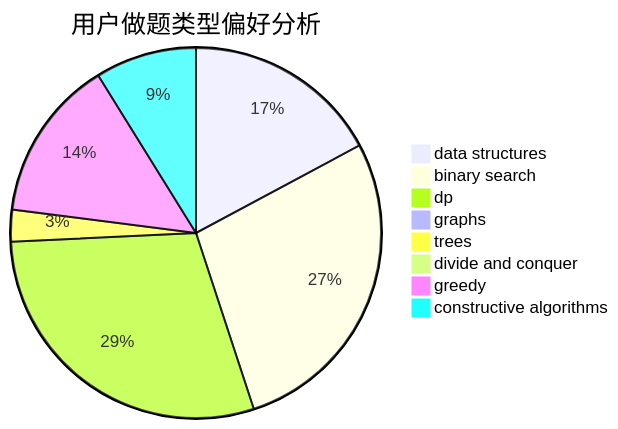
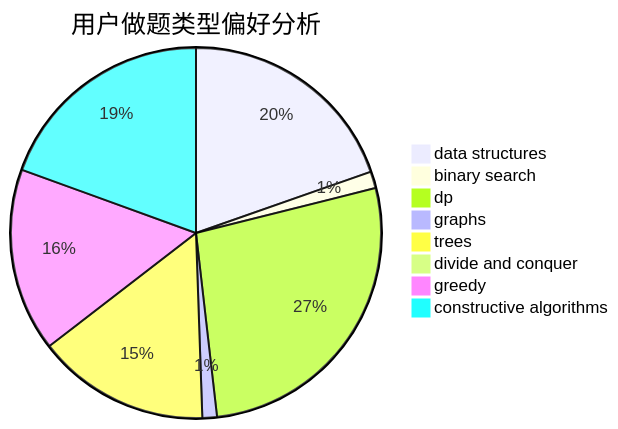
One commit to sherpahu/cfrs.github.io changed the second of 3 diagrams in docs/user/u2128.md. Above: the diagram before and after it, drawn with Mermaid. The commit also changed other lines of this file and 2770 other files, not shown here.

````diff
--- a/docs/user/u2128.md
+++ b/docs/user/u2128.md
@@ -23,11 +23,11 @@
 ```mermaid
 pie title 用户做题类型偏好分析
-    "data structures" :  68
-    "binary search" :  110
-    "dp" :  116
-    "graphs" :  3
-    "trees" :  11
-    "divide and conquer" :  2
-    "greedy" :  56
-    "constructive algorithms" :  35
+    "data structures" :  108
+    "binary search" :  8
+    "dp" :  149
+    "graphs" :  7
+    "trees" :  83
+    "divide and conquer" :  0
+    "greedy" :  88
+    "constructive algorithms" :  107
 ```
````
